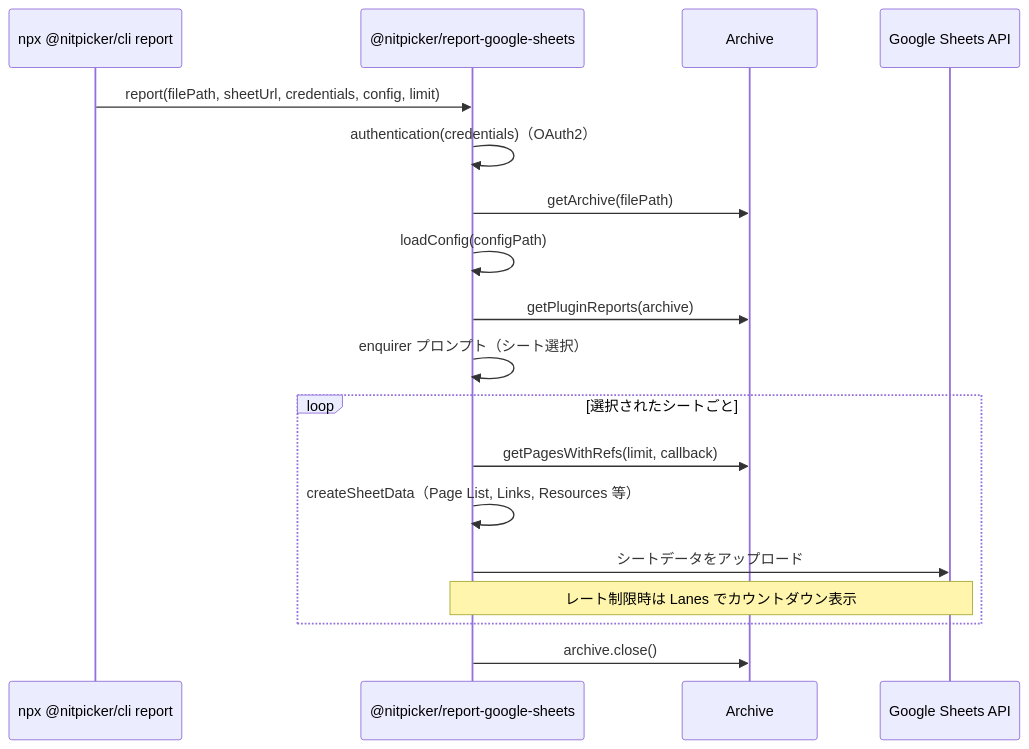
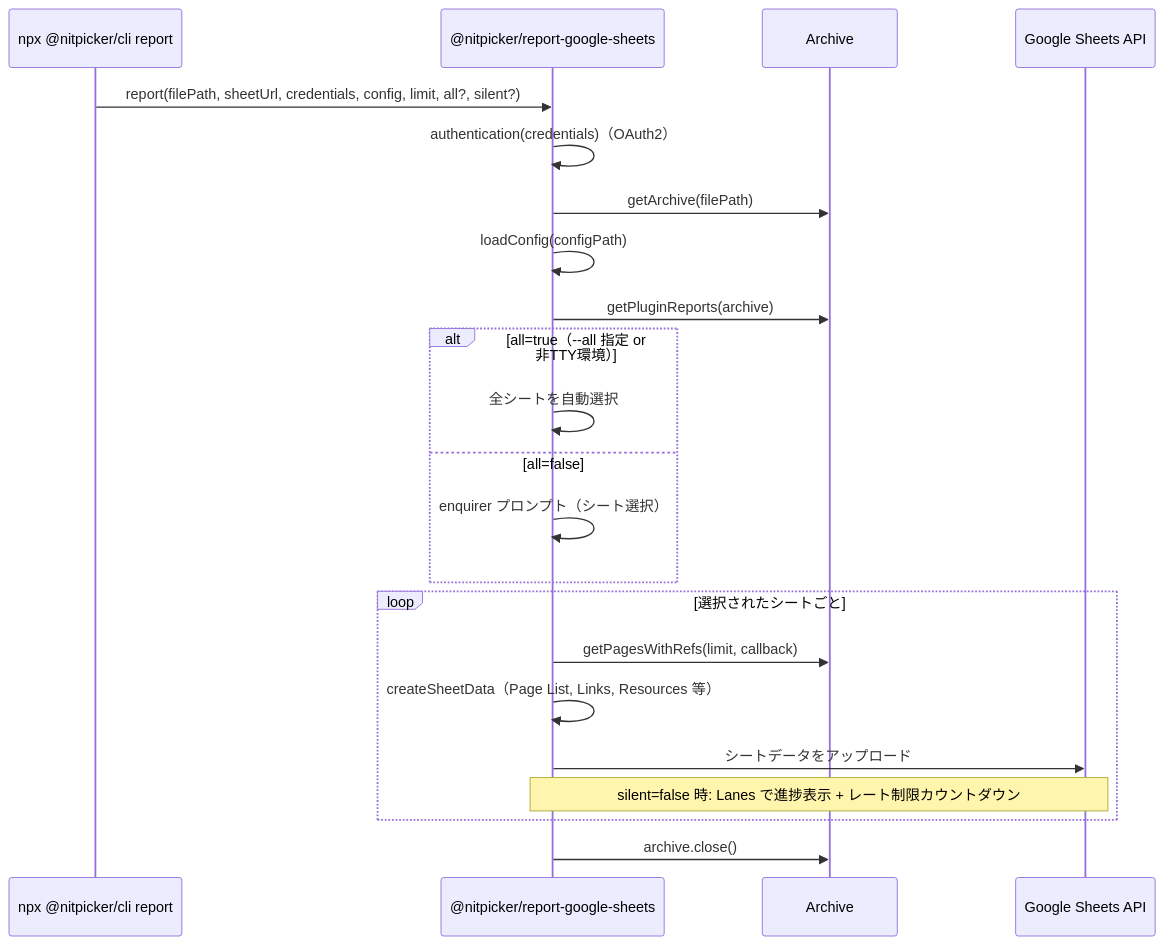
Before and after one commit to d-zero-dev/nitpicker: the third of 4 diagrams in ARCHITECTURE.md, drawn with Mermaid. The commit also changed 4 other files, not shown here.

First line of the commit message:
docs: update README/ARCHITECTURE for report --all/--verbose/--silent flags

````diff
--- a/ARCHITECTURE.md
+++ b/ARCHITECTURE.md
@@ -415,23 +415,28 @@
 ```mermaid
 sequenceDiagram
     participant CLI as npx @nitpicker/cli report
     participant GS as @nitpicker/report-google-sheets
     participant Archive as Archive
     participant Sheets as Google Sheets API
 
-    CLI->>GS: report(filePath, sheetUrl, credentials, config, limit)
+    CLI->>GS: report(filePath, sheetUrl, credentials, config, limit, all?, silent?)
     GS->>GS: authentication(credentials)（OAuth2）
     GS->>Archive: getArchive(filePath)
     GS->>GS: loadConfig(configPath)
     GS->>Archive: getPluginReports(archive)
-    GS->>GS: enquirer プロンプト（シート選択）
+
+    alt all=true（--all 指定 or 非TTY環境）
+        GS->>GS: 全シートを自動選択
+    else all=false
+        GS->>GS: enquirer プロンプト（シート選択）
+    end
 
     loop 選択されたシートごと
         GS->>Archive: getPagesWithRefs(limit, callback)
         GS->>GS: createSheetData（Page List, Links, Resources 等）
         GS->>Sheets: シートデータをアップロード
-        Note over GS,Sheets: レート制限時は Lanes でカウントダウン表示
+        Note over GS,Sheets: silent=false 時: Lanes で進捗表示 + レート制限カウントダウン
     end
 
     GS->>Archive: archive.close()
 ```
````
